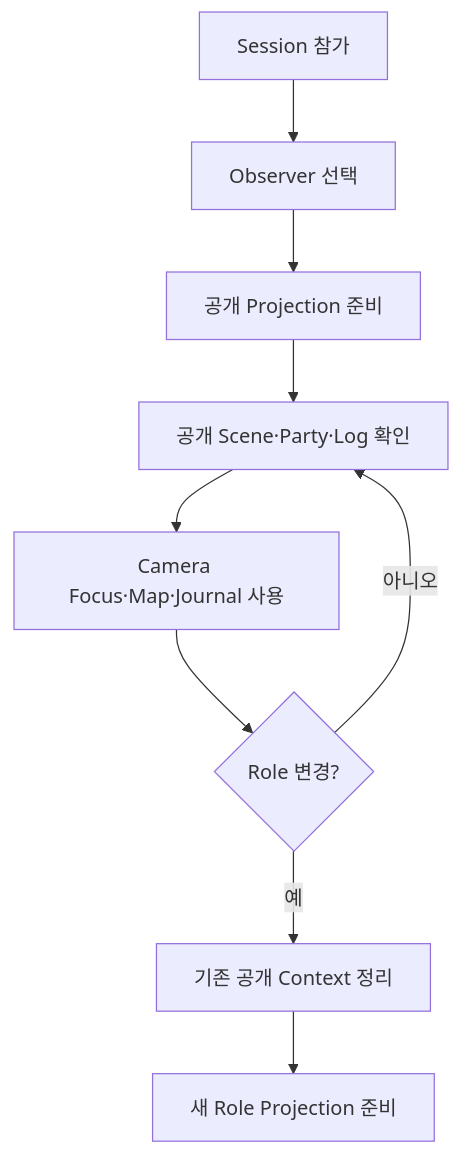
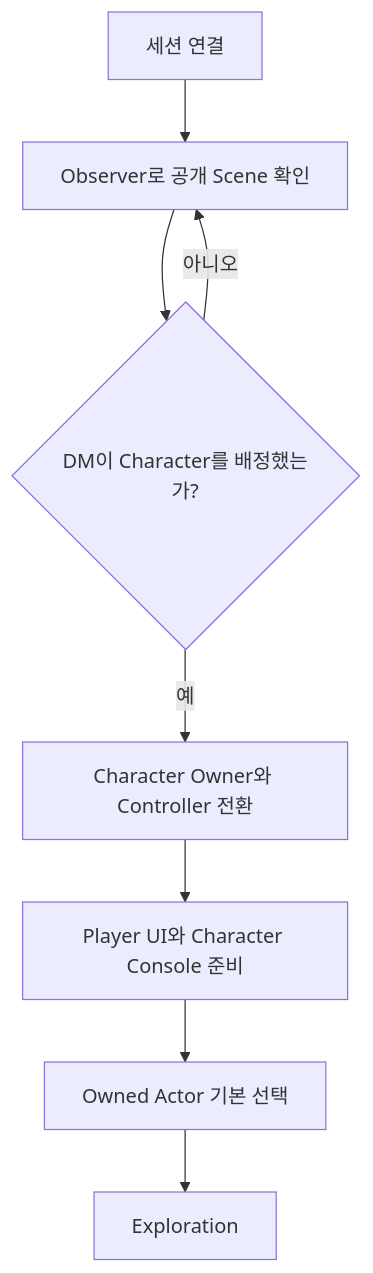
One commit to Kaetaeru/RVTT changed the first of 2 diagrams in docs/remake/user-guides/QUICK-FLOW.md. Above: the diagram before and after it, drawn with Mermaid. The commit also changed other lines of this file, not shown here.

Commit message:
docs: update quick flow for observer-first assignment

````diff
--- a/docs/remake/user-guides/QUICK-FLOW.md
+++ b/docs/remake/user-guides/QUICK-FLOW.md
@@ -155,11 +24,10 @@
 ```mermaid
 flowchart TD
-    A[Session 참가] --> B[Observer 선택]
-    B --> C[공개 Projection 준비]
-    C --> D[공개 Scene·Party·Log 확인]
-    D --> E[Camera Focus·Map·Journal 사용]
-    E --> F{Role 변경?}
-    F -->|아니오| D
-    F -->|예| G[기존 공개 Context 정리]
-    G --> H[새 Role Projection 준비]
+    A[세션 연결] --> B[Observer로 공개 Scene 확인]
+    B --> C{DM이 Character를 배정했는가?}
+    C -->|아니오| B
+    C -->|예| D[Character Owner와 Controller 전환]
+    D --> E[Player UI와 Character Console 준비]
+    E --> F[Owned Actor 기본 선택]
+    F --> G[Exploration]
 ```
````
